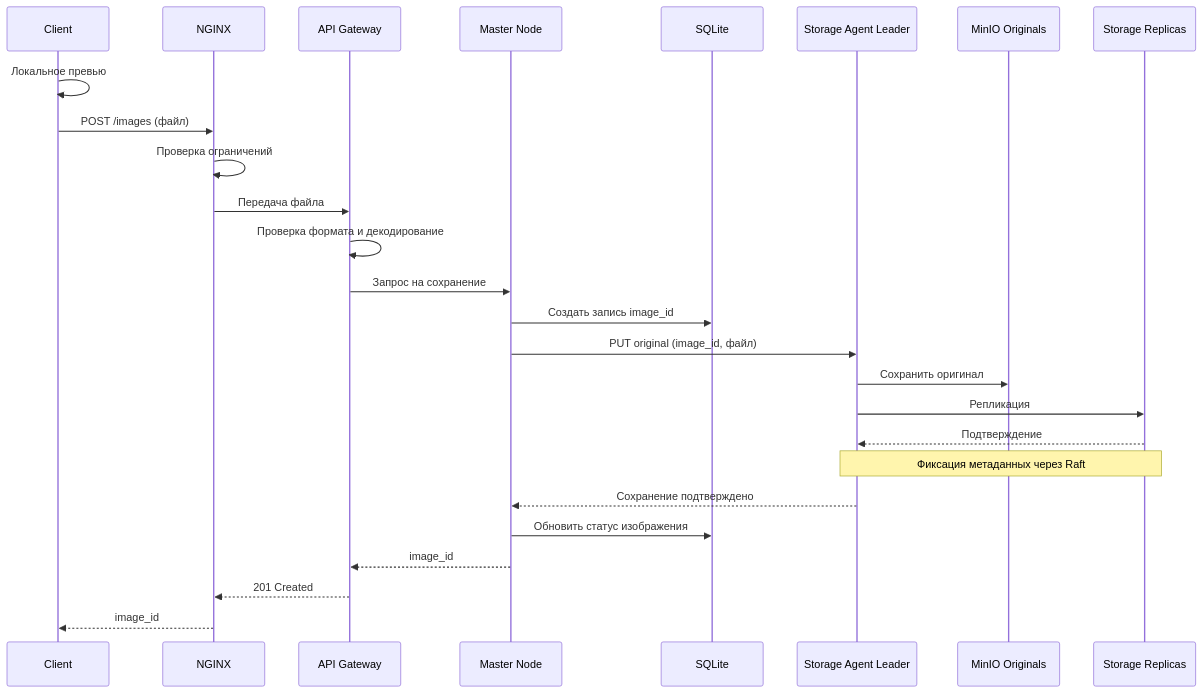
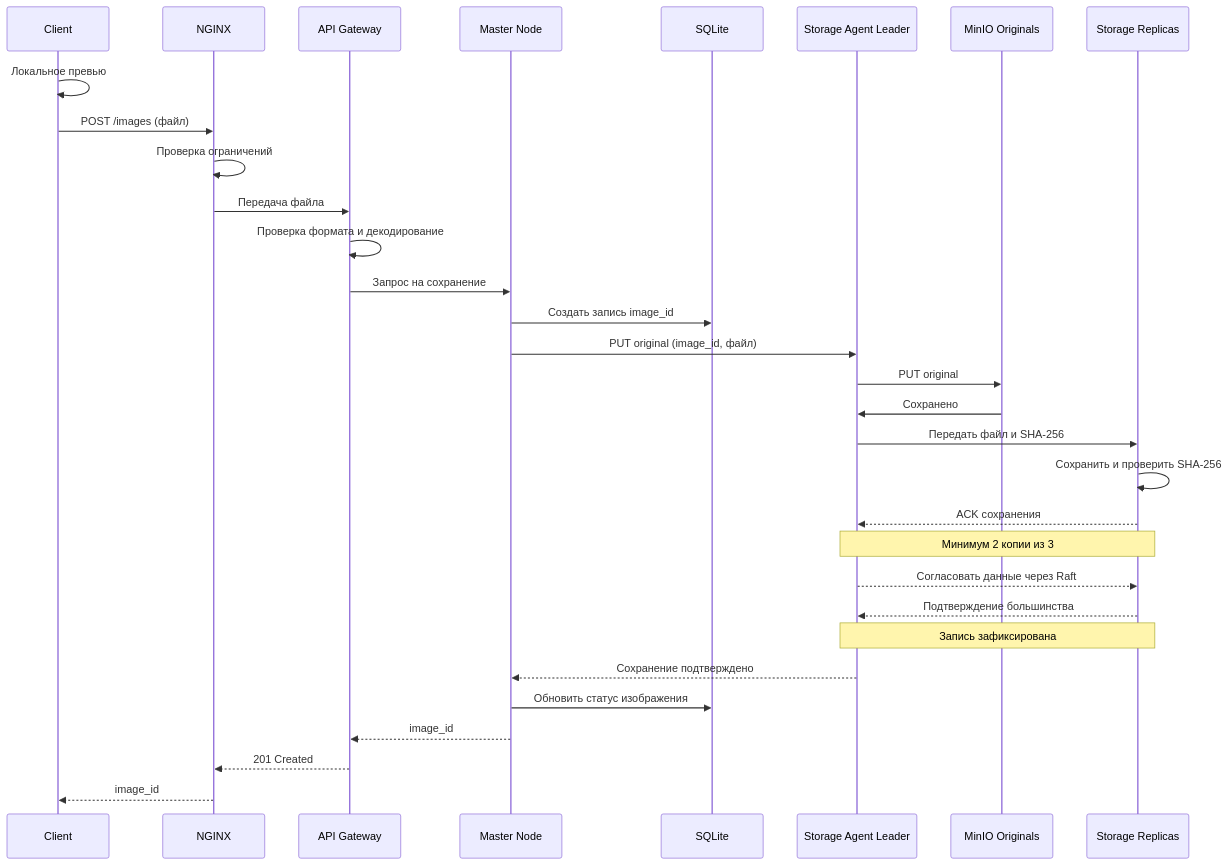
Before and after one commit to spbu-ds-practicum-2026/vibeflow: the fourth of 12 diagrams in docs/tr.md, drawn with Mermaid. The commit also changed other lines of this file, not shown here.

````diff
--- a/docs/tr.md
+++ b/docs/tr.md
@@ -402,29 +424,34 @@
 ```mermaid
 sequenceDiagram
     participant C as Client
     participant N as NGINX
     participant API as API Gateway
     participant M as Master Node
     participant DB as SQLite
     participant SA as Storage Agent Leader
     participant O as MinIO Originals
     participant REP as Storage Replicas
 
     C->>C: Локальное превью
     C->>N: POST /images (файл)
     N->>N: Проверка ограничений
     N->>API: Передача файла
     API->>API: Проверка формата и декодирование
     API->>M: Запрос на сохранение
     M->>DB: Создать запись image_id
     M->>SA: PUT original (image_id, файл)
-    SA->>O: Сохранить оригинал
-    SA->>REP: Репликация
-    REP-->>SA: Подтверждение
-    Note over SA,REP: Фиксация метаданных через Raft
+    SA->>O: PUT original
+    O->>SA: Сохранено
+    SA->>REP: Передать файл и SHA-256
+    REP->>REP: Сохранить и проверить SHA-256
+    REP-->>SA: ACK сохранения
+    Note over SA,REP: Минимум 2 копии из 3
+    SA-->>REP: Согласовать данные через Raft
+    REP-->>SA: Подтверждение большинства
+    Note over SA,REP: Запись зафиксирована
     SA-->>M: Сохранение подтверждено
     M->>DB: Обновить статус изображения
     M-->>API: image_id
     API-->>N: 201 Created
     N-->>C: image_id
 ```
````
